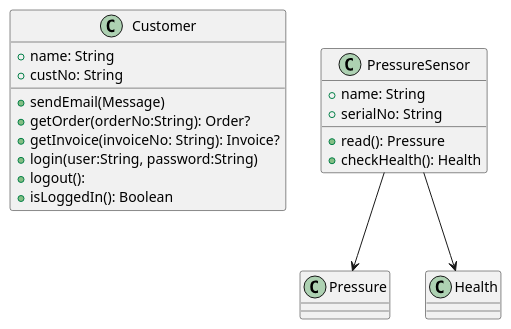
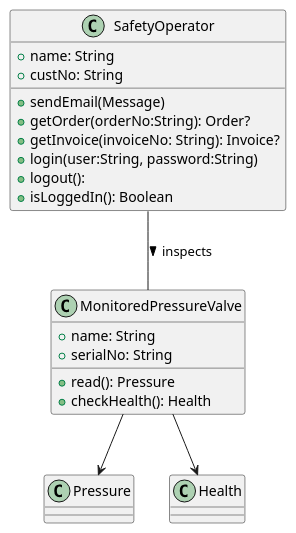
One commit to andriesfc/observer-pattern-talk changed the second of 2 diagrams in README.md. Above: the diagram before and after it, drawn with PlantUML. The commit also changed other lines of this file and 12 other files, not shown here.

````diff
--- a/README.md
+++ b/README.md
@@ -22,29 +107,30 @@
 ```puml
 @startuml
 
-class Customer {
+class SafetyOperator {
    + name: String
    + custNo: String
    + sendEmail(Message)
    + getOrder(orderNo:String): Order?
    + getInvoice(invoiceNo: String): Invoice?
    + login(user:String, password:String)
    + logout(): 
    + isLoggedIn(): Boolean
 }
 
 class Pressure 
 class Health
 
-class PressureSensor {
+class MonitoredPressureValve {
    + name: String
    + serialNo: String
    + read(): Pressure
    + checkHealth(): Health
 }
 
-PressureSensor --> Pressure
-PressureSensor --> Health
+MonitoredPressureValve --> Pressure
+MonitoredPressureValve --> Health
+SafetyOperator -- MonitoredPressureValve : > inspects 
 
 @enduml
 ```
````
